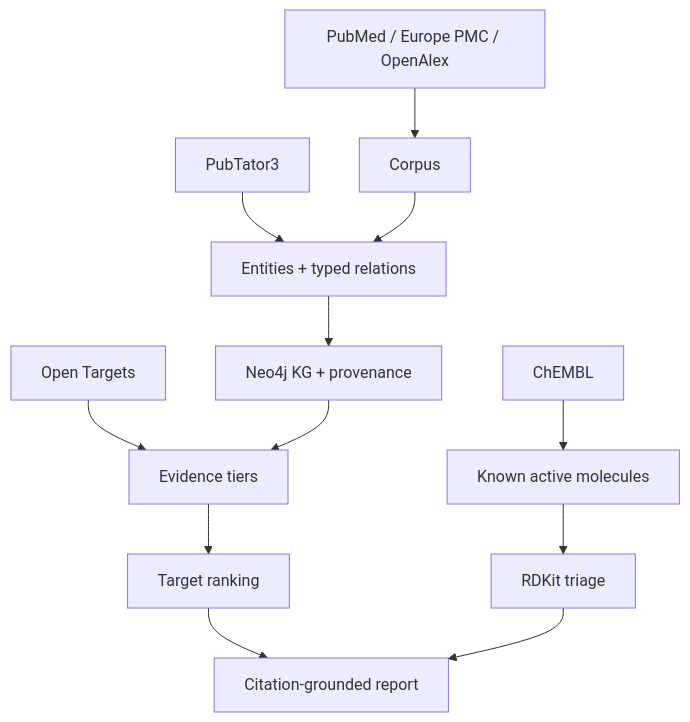
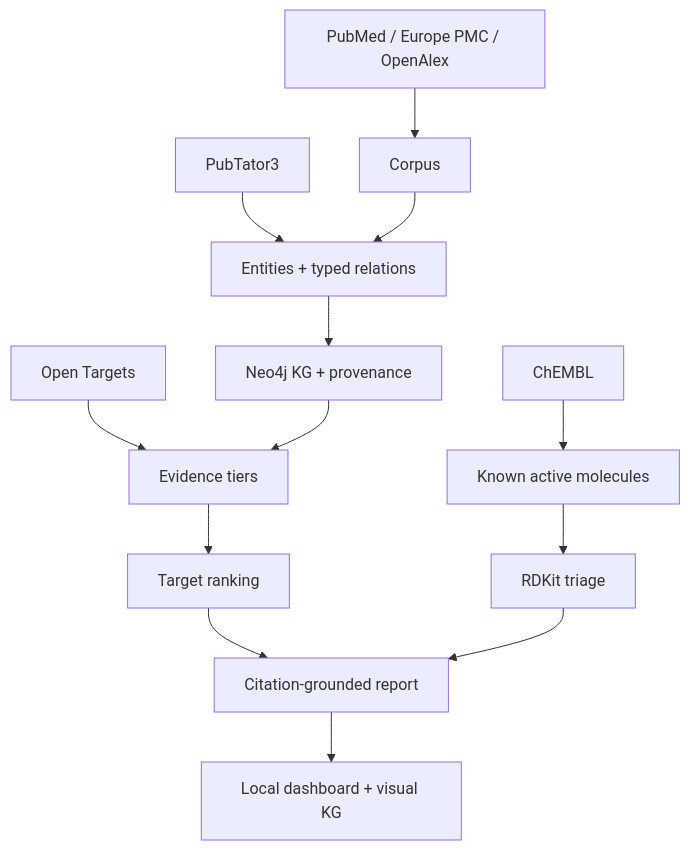
The second of 2 diagrams in README.md (lysyloxidase/autonomous-drug-discovery-agent), drawn with Mermaid before and after one commit. The commit also changed other lines of this file and 11 other files, not shown here.

Commit message:
feat: local research console with visual knowledge graph

````diff
--- a/README.md
+++ b/README.md
@@ -89,14 +119,15 @@
 ```mermaid
 flowchart TB
   P[PubMed / Europe PMC / OpenAlex] --> C[Corpus]
   PT[PubTator3] --> E[Entities + typed relations]
   C --> E
   E --> N[Neo4j KG + provenance]
   OT[Open Targets] --> S[Evidence tiers]
   N --> S
   S --> T[Target ranking]
   CH[ChEMBL] --> M[Known active molecules]
   M --> RD[RDKit triage]
   T --> REP[Citation-grounded report]
   RD --> REP
+  REP --> UI[Local dashboard + visual KG]
 ```
````
